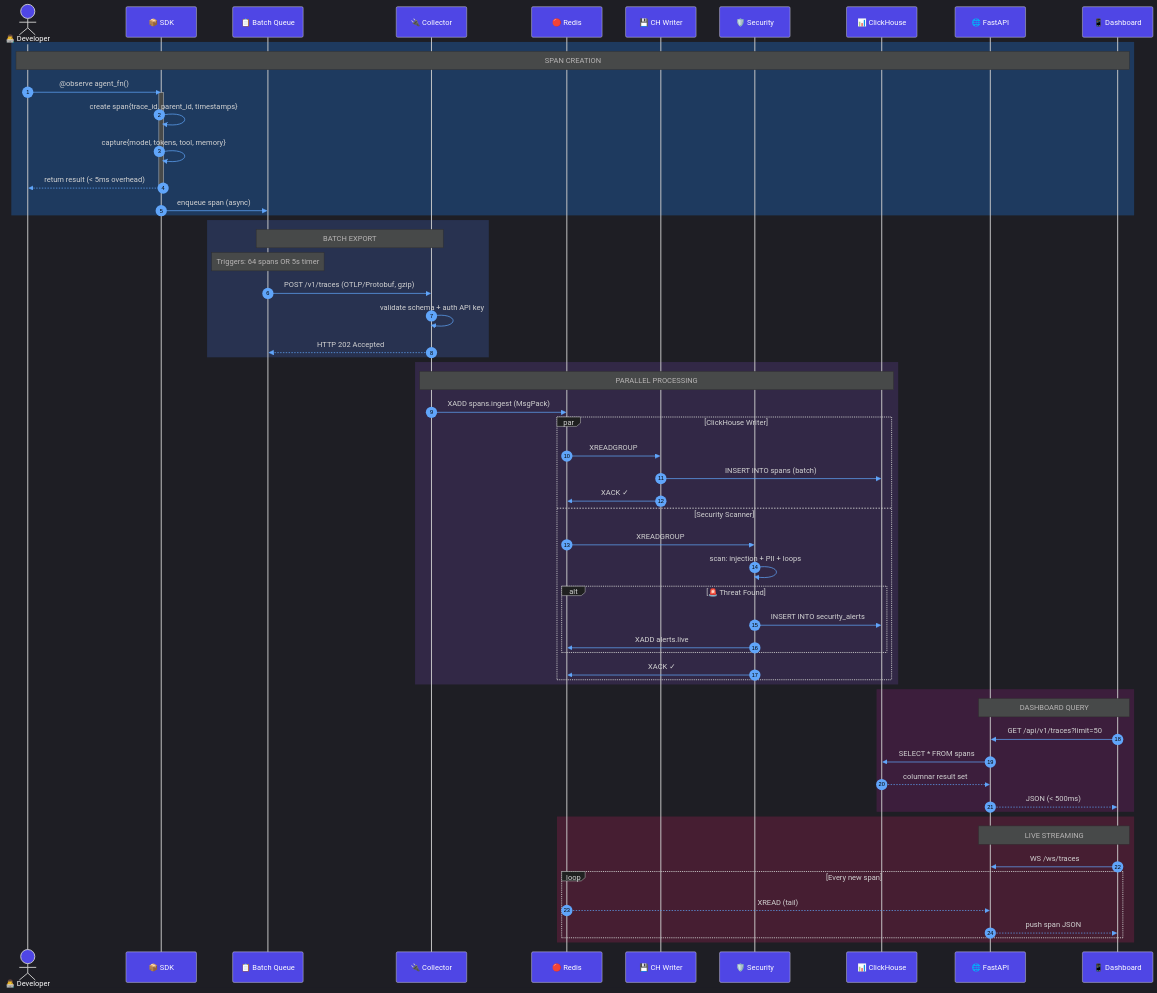
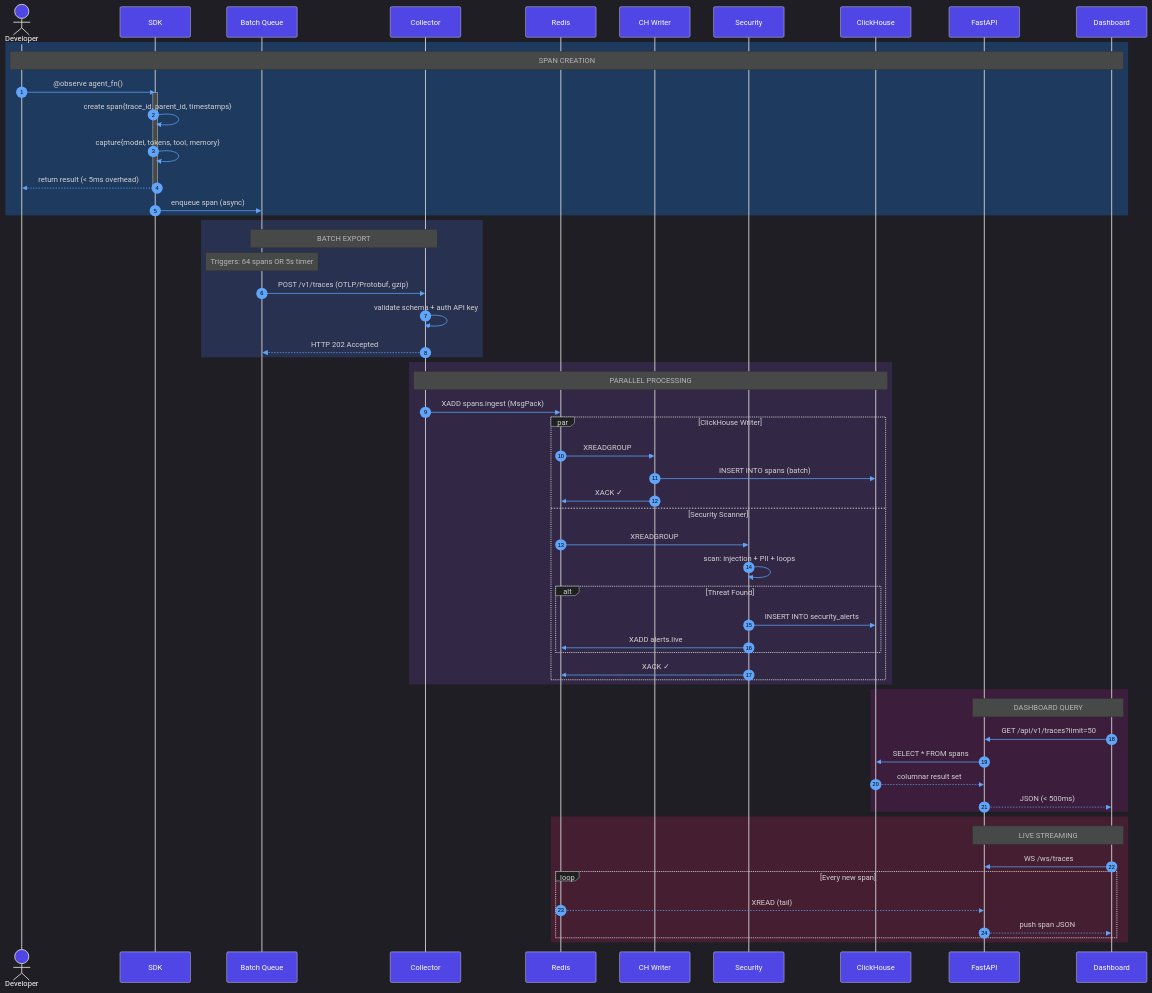
The second of 7 diagrams in README.md (Ramakrishna1967/AgentState), drawn with Mermaid before and after one commit. The commit also changed other lines of this file, not shown here.

````diff
--- a/README.md
+++ b/README.md
@@ -70,71 +70,71 @@
 ```mermaid
 %%{init: {'theme':'dark', 'themeVariables': {'actorBkg':'#4f46e5','actorTextColor':'#fff','signalColor':'#60a5fa'}}}%%
 sequenceDiagram
     autonumber
 
-    actor Dev as 👨‍💻 Developer
-    participant SDK as 📦 SDK
-    participant Buf as 📋 Batch Queue
-    participant Col as 🔌 Collector
-    participant Red as 🔴 Redis
-    participant CHW as 💾 CH Writer
-    participant Sec as 🛡️ Security
-    participant CH as 📊 ClickHouse
-    participant API as 🌐 FastAPI
-    participant UI as 📱 Dashboard
+    actor Dev as  Developer
+    participant SDK as  SDK
+    participant Buf as  Batch Queue
+    participant Col as  Collector
+    participant Red as  Redis
+    participant CHW as  CH Writer
+    participant Sec as  Security
+    participant CH as  ClickHouse
+    participant API as FastAPI
+    participant UI as  Dashboard
 
     rect rgb(30, 58, 95)
         Note over Dev,UI: SPAN CREATION
         Dev->>SDK: @observe agent_fn()
         activate SDK
         SDK->>SDK: create span{trace_id, parent_id, timestamps}
         SDK->>SDK: capture{model, tokens, tool, memory}
         SDK-->>Dev: return result (< 5ms overhead)
         deactivate SDK
         SDK->>Buf: enqueue span (async)
     end
 
     rect rgb(40, 50, 80)
         Note over Buf,Col: BATCH EXPORT
         Note over Buf: Triggers: 64 spans OR 5s timer
         Buf->>Col: POST /v1/traces (OTLP/Protobuf, gzip)
         Col->>Col: validate schema + auth API key
         Col-->>Buf: HTTP 202 Accepted
     end
 
     rect rgb(50, 40, 70)
         Note over Col,CH: PARALLEL PROCESSING
         Col->>Red: XADD spans.ingest (MsgPack)
 
         par ClickHouse Writer
             Red->>CHW: XREADGROUP
             CHW->>CH: INSERT INTO spans (batch)
             CHW->>Red: XACK ✓
         and Security Scanner
             Red->>Sec: XREADGROUP
             Sec->>Sec: scan: injection + PII + loops
-            alt 🚨 Threat Found
+            alt  Threat Found
                 Sec->>CH: INSERT INTO security_alerts
                 Sec->>Red: XADD alerts.live
             end
             Sec->>Red: XACK ✓
         end
     end
 
     rect rgb(60, 30, 60)
         Note over API,UI: DASHBOARD QUERY
         UI->>API: GET /api/v1/traces?limit=50
         API->>CH: SELECT * FROM spans
         CH-->>API: columnar result set
         API-->>UI: JSON (< 500ms)
     end
 
     rect rgb(70, 30, 50)
         Note over API,UI: LIVE STREAMING
         UI->>API: WS /ws/traces
         loop Every new span
             Red-->>API: XREAD (tail)
             API-->>UI: push span JSON
         end
     end
 ```
````
